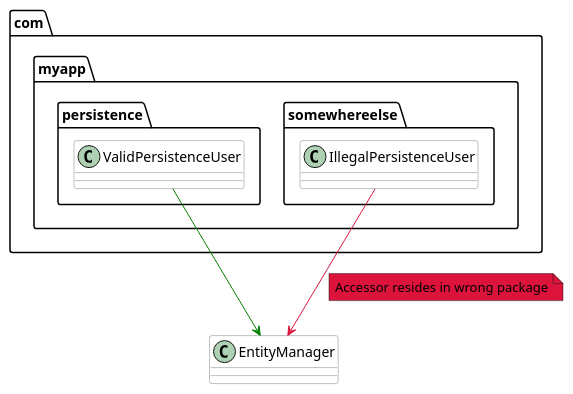
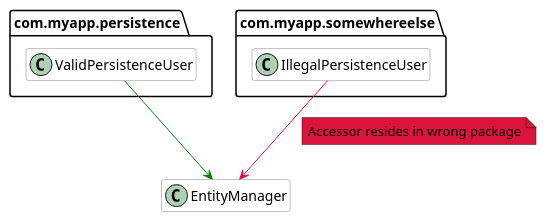
One commit to TNG/ArchUnit changed the sixth of 9 diagrams in userguide/004_What_to_Check.adoc. Above: the diagram before and after it, drawn with PlantUML. The commit also changed other lines of this file and 53 other files, not shown here.

```diff
--- a/userguide/004_What_to_Check.adoc
+++ b/userguide/004_What_to_Check.adoc
@@ -148,29 +158,33 @@
-[plantuml, "inheritance-access-check"]
+[plantuml, "inheritance-access-check", svg, opts=interactive]
 ----
+@startuml
+hide empty members
+set separator none
 skinparam componentStyle uml2
 
 skinparam component {
   BorderColor #grey
   BackgroundColor #white
 }
 
 skinparam class {
   BorderColor #grey
   BackgroundColor #white
 }
 
 package com.myapp.persistence {
     class ValidPersistenceUser
 }
 
 package com.myapp.somewhereelse {
     class IllegalPersistenceUser
 }
 
 class EntityManager
 
 ValidPersistenceUser --> EntityManager #green
 IllegalPersistenceUser --> EntityManager #crimson
 
 note right on link #crimson: Accessor resides in wrong package
+@enduml
 ----
```
